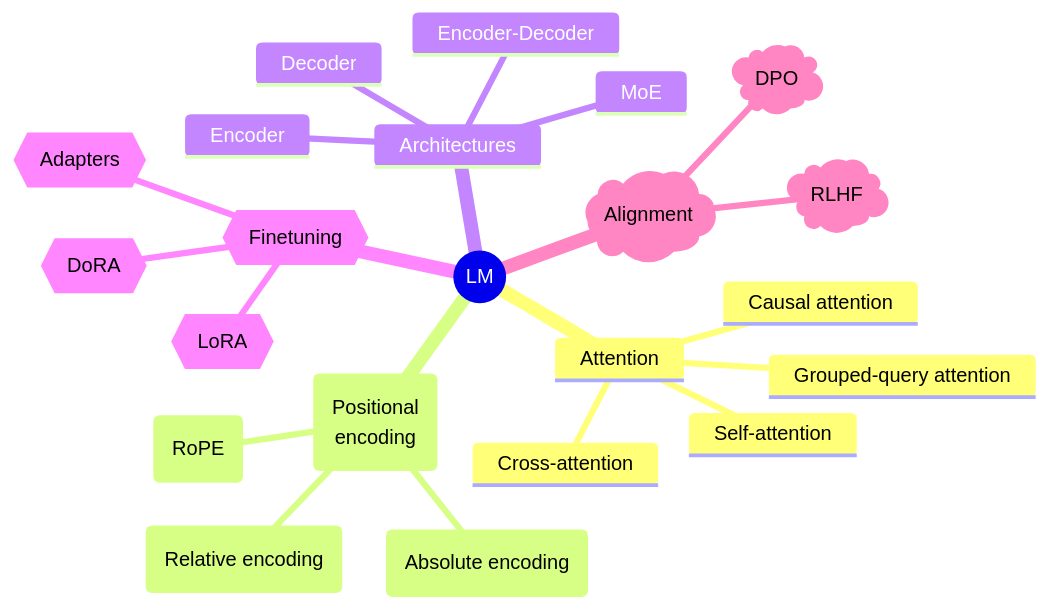
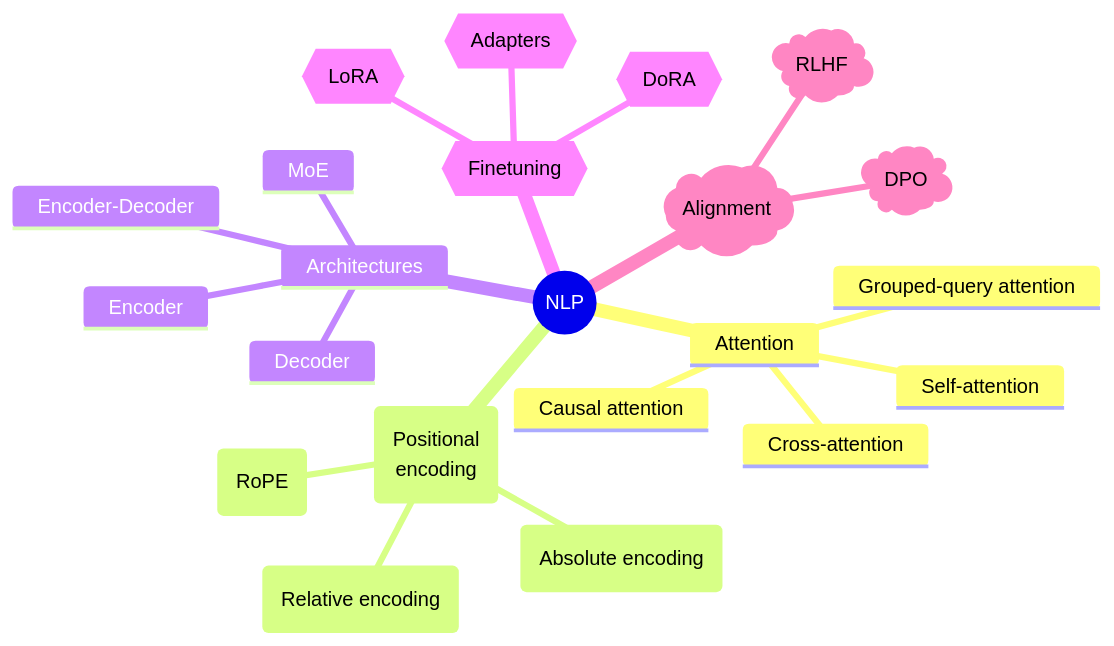
One commit to thiomajid/ml-notes changed the second of 2 diagrams in Research papers/LLM for code - Survey/A Survey of Large Language Models for Code - Evolution,  Benchmarking, and Future Trends.md. Above: the diagram before and after it, drawn with Mermaid. The commit also changed 4 other files, not shown here.

````diff
--- a/Research papers/LLM for code - Survey/A Survey of Large Language Models for Code - Evolution,  Benchmarking, and Future Trends.md
+++ b/Research papers/LLM for code - Survey/A Survey of Large Language Models for Code - Evolution,  Benchmarking, and Future Trends.md
@@ -126,25 +126,25 @@
 ```mermaid
 mindmap
-  root((LM))
+  root((NLP))
     Attention
       Self-attention
       Grouped-query attention
       Cross-attention
       Causal attention
     (Positional<br/>encoding)
 	    (Absolute encoding)
 	    (Relative encoding)
 	    (RoPE)
     Architectures
       Decoder
       Encoder
       Encoder-Decoder
       MoE
     {{Finetuning}}
 	    {{LoRA}}
 	    {{Adapters}}
 	    {{DoRA}}
     )Alignment(
 	    )RLHF(
 	    )DPO(
 ```
````
